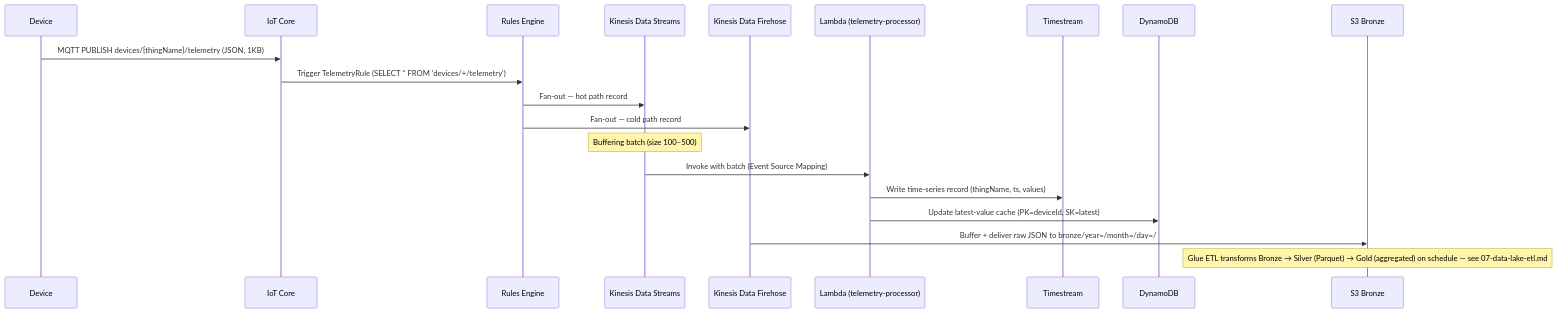
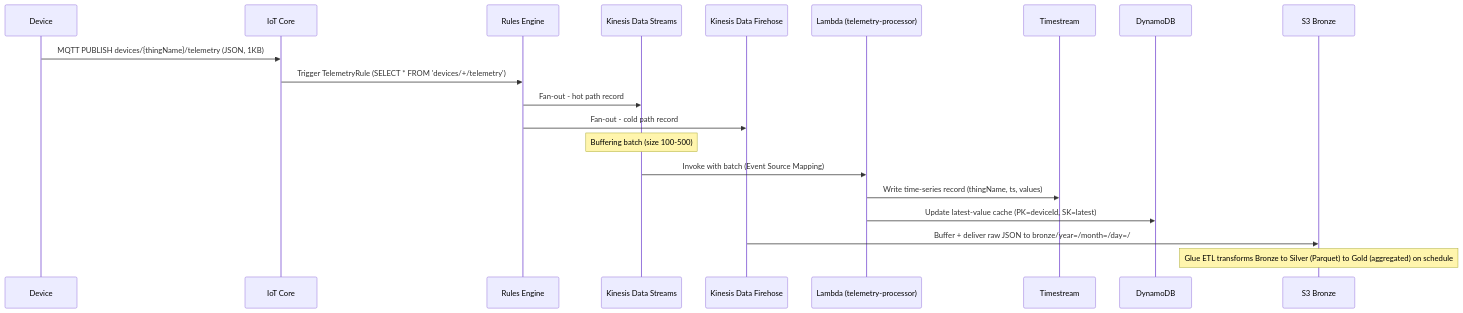
Before and after one commit to aldorea/ikerland-data: the second of 4 diagrams in docs/architecture/10-overview-and-sequences.md, drawn with Mermaid. The commit also changed other lines of this file and 9 other files, not shown here.

First line of the commit message:
fix(docs): fix Mermaid rendering issues across all architecture diagrams

````diff
--- a/docs/architecture/10-overview-and-sequences.md
+++ b/docs/architecture/10-overview-and-sequences.md
@@ -100,23 +101,23 @@
 ```mermaid
 sequenceDiagram
     participant DEV as Device
     participant IOT as IoT Core
     participant RE as Rules Engine
     participant KDS as Kinesis Data Streams
     participant KDF as Kinesis Data Firehose
     participant LAM as Lambda (telemetry-processor)
     participant TS as Timestream
     participant DDB as DynamoDB
     participant S3B as S3 Bronze
 
     DEV->>IOT: MQTT PUBLISH devices/{thingName}/telemetry (JSON, 1KB)
     IOT->>RE: Trigger TelemetryRule (SELECT * FROM 'devices/+/telemetry')
-    RE->>KDS: Fan-out — hot path record
-    RE->>KDF: Fan-out — cold path record
-    Note over KDS: Buffering batch (size 100–500)
+    RE->>KDS: Fan-out - hot path record
+    RE->>KDF: Fan-out - cold path record
+    Note over KDS: Buffering batch (size 100-500)
     KDS->>LAM: Invoke with batch (Event Source Mapping)
     LAM->>TS: Write time-series record (thingName, ts, values)
     LAM->>DDB: Update latest-value cache (PK=deviceId, SK=latest)
     KDF->>S3B: Buffer + deliver raw JSON to bronze/year=/month=/day=/
-    Note over S3B: Glue ETL transforms Bronze → Silver (Parquet) → Gold (aggregated) on schedule — see 07-data-lake-etl.md
+    Note over S3B: Glue ETL transforms Bronze to Silver (Parquet) to Gold (aggregated) on schedule
 ```
````
